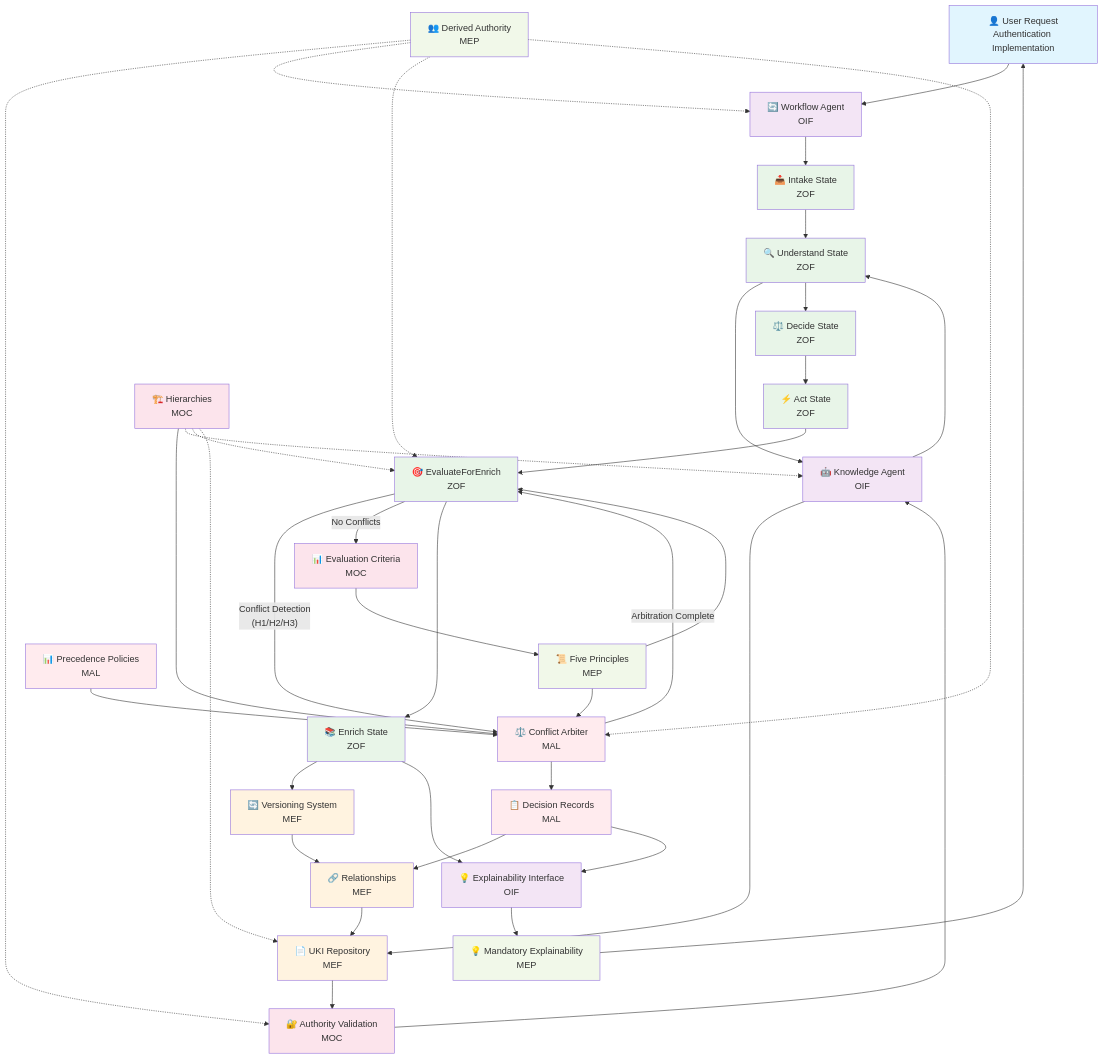
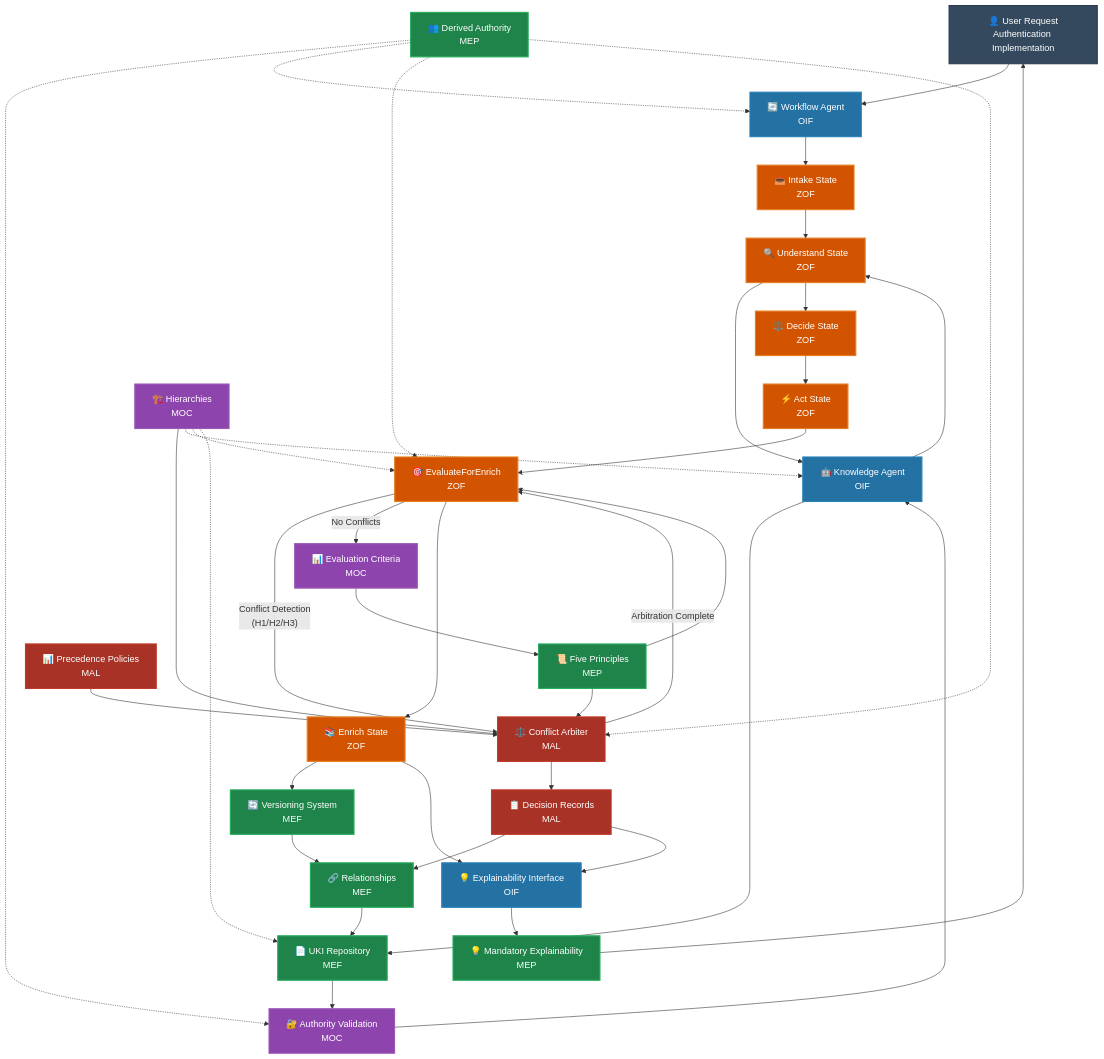
One commit to casheiro/matrix-protocol changed the diagram in content/en/docs/integration.md. Above: the diagram before and after it, drawn with Mermaid. The commit also changed 36 other files, not shown here.

```diff
--- a/content/en/docs/integration.md
+++ b/content/en/docs/integration.md
@@ -177,14 +177,14 @@
     MEP_AUTH -.-> ZOF_EVL
     MEP_AUTH -.-> MAL_ARB
     
-    %% Styling
-    classDef user fill:#e1f5fe
-    classDef oif fill:#f3e5f5
-    classDef zof fill:#e8f5e8
-    classDef mef fill:#fff3e0
-    classDef moc fill:#fce4ec
-    classDef mep fill:#f1f8e9
-    classDef mal fill:#ffebee
+    %% Matrix Protocol Styling - High contrast colors
+    classDef user fill:#34495E,stroke:#2C3E50,color:#fff,stroke-width:2px
+    classDef oif fill:#2471A3,stroke:#2980B9,color:#fff,stroke-width:2px
+    classDef zof fill:#D35400,stroke:#E67E22,color:#fff,stroke-width:2px
+    classDef mef fill:#1E8449,stroke:#27AE60,color:#fff,stroke-width:2px
+    classDef moc fill:#8E44AD,stroke:#9B59B6,color:#fff,stroke-width:2px
+    classDef mep fill:#1E8449,stroke:#27AE60,color:#fff,stroke-width:2px
+    classDef mal fill:#A93226,stroke:#C0392B,color:#fff,stroke-width:2px
     
     class User user
     class OIF_KA,OIF_WA,OIF_EXP oif
```
